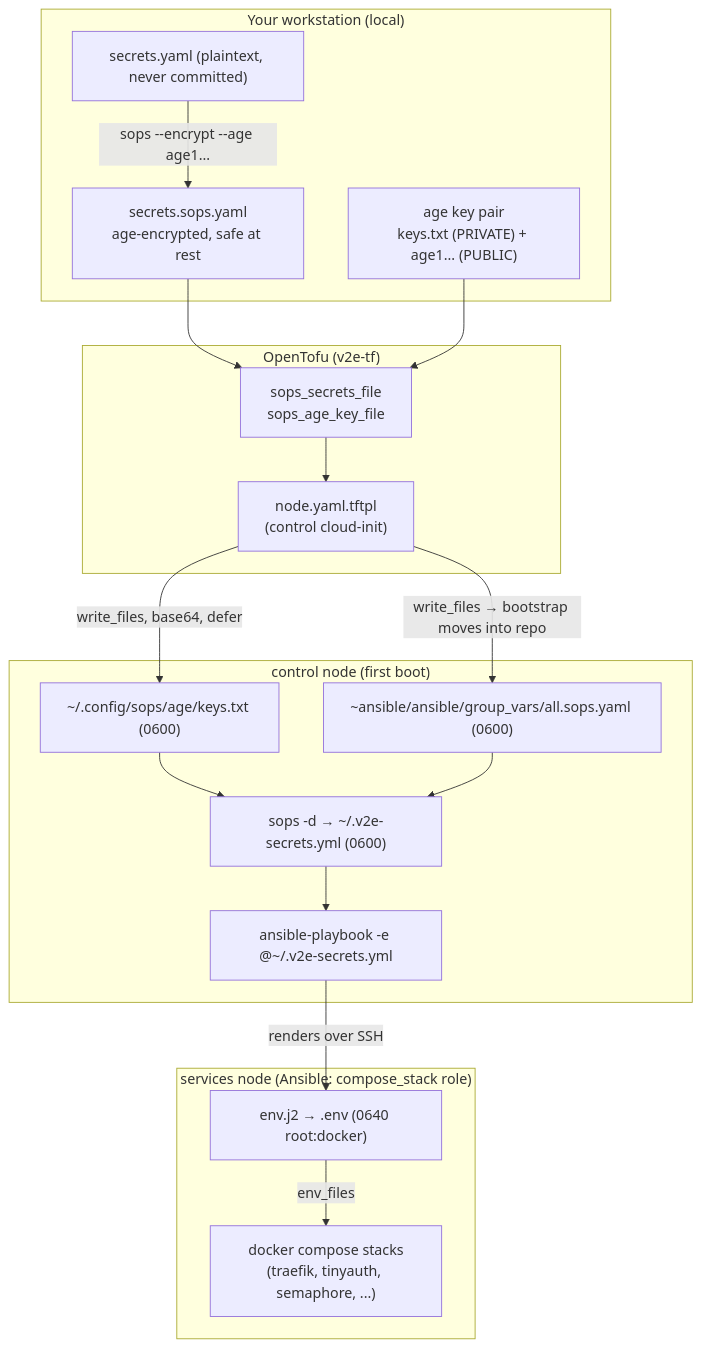
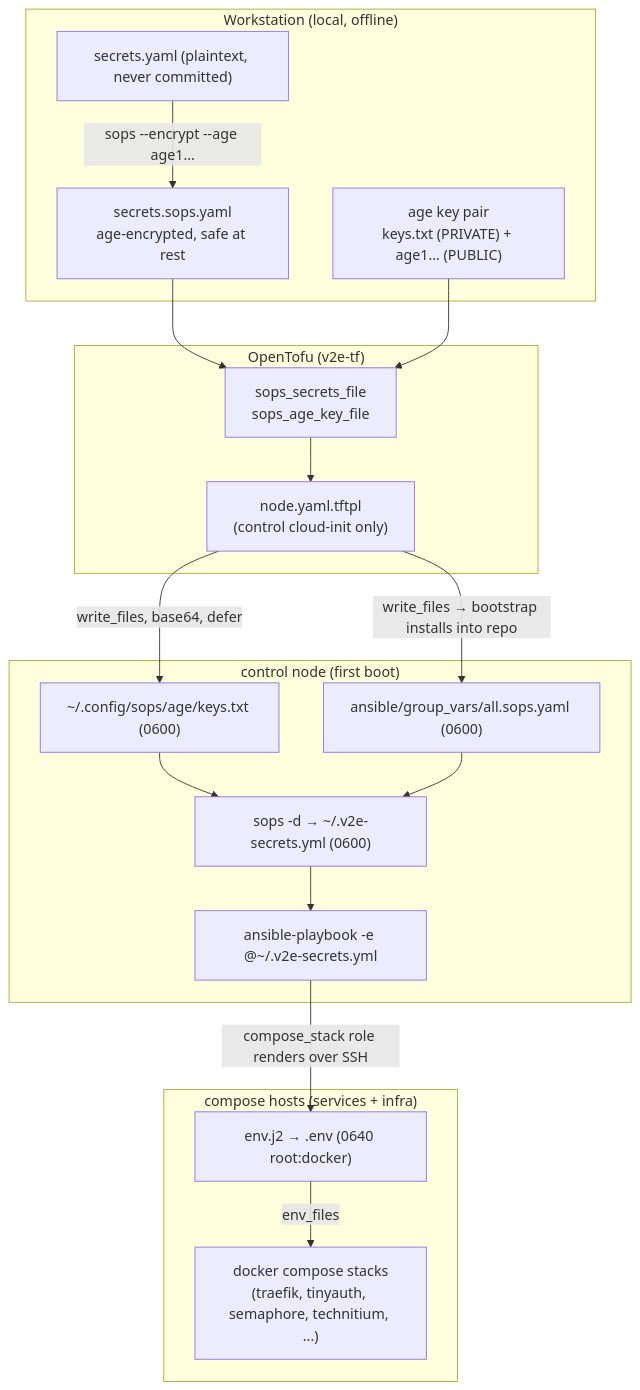
One commit to v2e-sh/v2e-docs changed the diagram in docs/system/secrets.md. Above: the diagram before and after it, drawn with Mermaid. The commit also changed other lines of this file and 11 other files, not shown here.

````diff
--- a/docs/system/secrets.md
+++ b/docs/system/secrets.md
@@ -16,39 +22,39 @@
 ```mermaid
 flowchart TD
-    subgraph local["Your workstation (local)"]
+    subgraph local["Workstation (local, offline)"]
         age["age key pair<br/>keys.txt (PRIVATE) + age1... (PUBLIC)"]
         plain["secrets.yaml (plaintext, never committed)"]
         enc["secrets.sops.yaml<br/>age-encrypted, safe at rest"]
         plain -->|"sops --encrypt --age age1..."| enc
     end
 
     subgraph tf["OpenTofu (v2e-tf)"]
         vars["sops_secrets_file<br/>sops_age_key_file"]
-        ci["node.yaml.tftpl<br/>(control cloud-init)"]
+        ci["node.yaml.tftpl<br/>(control cloud-init only)"]
         vars --> ci
     end
 
     enc --> vars
     age --> vars
 
     subgraph control["control node (first boot)"]
         keyfile["~/.config/sops/age/keys.txt (0600)"]
-        gv["~ansible/ansible/group_vars/all.sops.yaml (0600)"]
+        gv["ansible/group_vars/all.sops.yaml (0600)"]
         dec["sops -d → ~/.v2e-secrets.yml (0600)"]
         pb["ansible-playbook -e @~/.v2e-secrets.yml"]
         keyfile --> dec
         gv --> dec
         dec --> pb
     end
 
-    ci -->|write_files, base64, defer| keyfile
-    ci -->|write_files → bootstrap moves into repo| gv
+    ci -->|"write_files, base64, defer"| keyfile
+    ci -->|"write_files → bootstrap installs into repo"| gv
 
-    subgraph services["services node (Ansible: compose_stack role)"]
+    subgraph hosts["compose hosts (services + infra)"]
         envj2["env.j2 → .env (0640 root:docker)"]
-        stacks["docker compose stacks<br/>(traefik, tinyauth, semaphore, ...)"]
+        stacks["docker compose stacks<br/>(traefik, tinyauth, semaphore, technitium, ...)"]
         envj2 -->|env_files| stacks
     end
 
-    pb -->|renders over SSH| envj2
+    pb -->|"compose_stack role renders over SSH"| envj2
 ```
````
